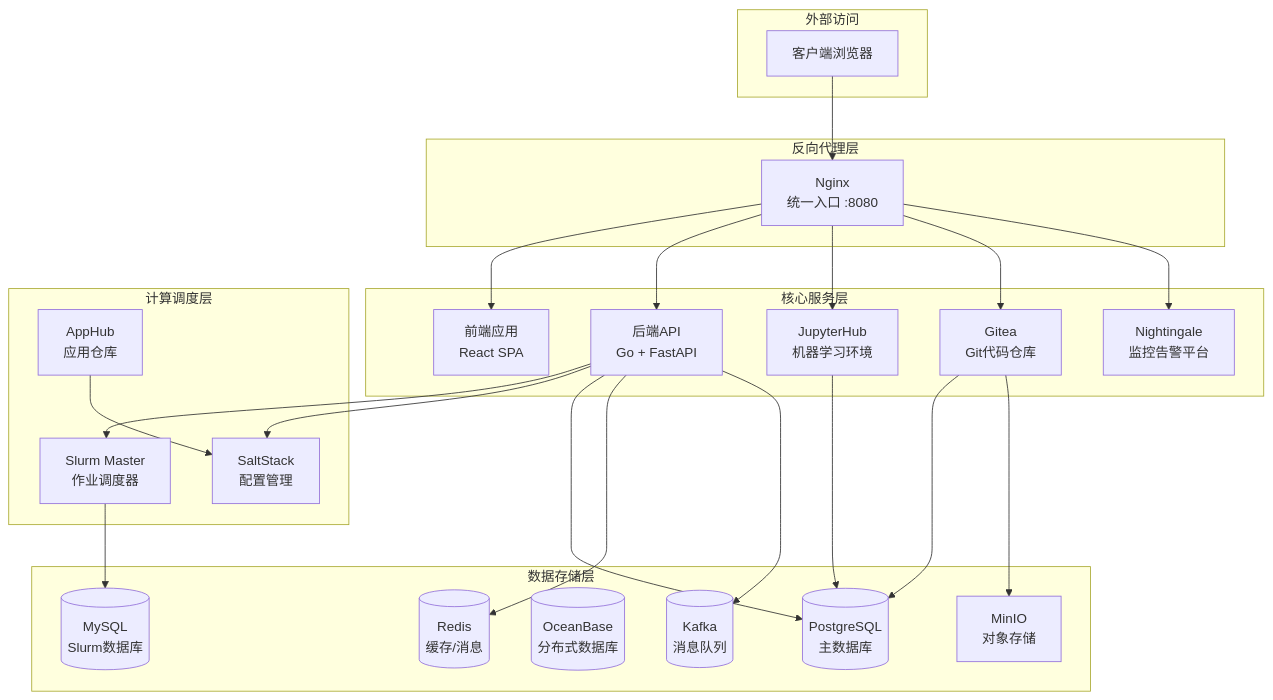
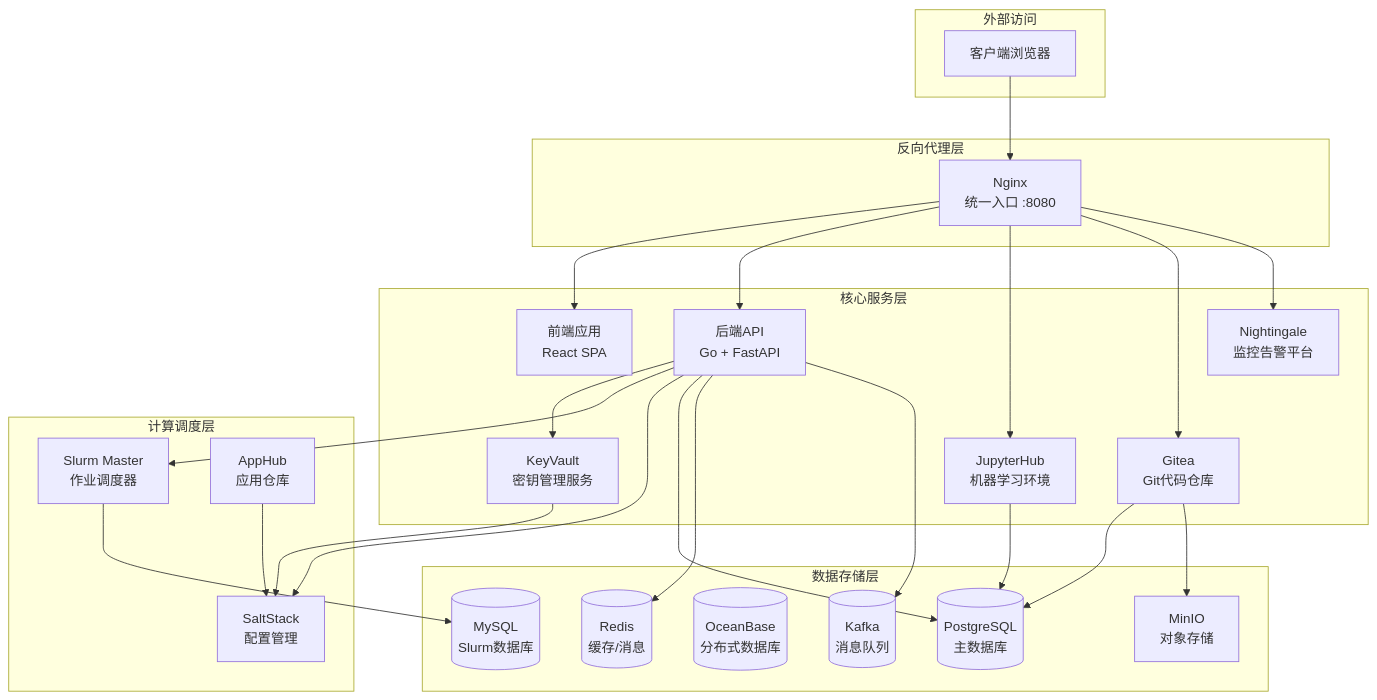
Before and after one commit to aresnasa/ai-infra-matrix: the first of 2 diagrams in README.md, drawn with Mermaid. The commit also changed other lines of this file and 4 other files, not shown here.

````diff
--- a/README.md
+++ b/README.md
@@ -44,52 +45,55 @@
 ```mermaid
 graph TB
     subgraph "外部访问"
         Client[客户端浏览器]
     end
     
     subgraph "反向代理层"
         Nginx[Nginx<br/>统一入口 :8080]
     end
     
     subgraph "核心服务层"
         Frontend[前端应用<br/>React SPA]
         Backend[后端API<br/>Go + FastAPI]
+        KeyVault[KeyVault<br/>密钥管理服务]
         JupyterHub[JupyterHub<br/>机器学习环境]
         Gitea[Gitea<br/>Git代码仓库]
         Nightingale[Nightingale<br/>监控告警平台]
     end
     
     subgraph "计算调度层"
         SlurmMaster[Slurm Master<br/>作业调度器]
         SaltStack[SaltStack<br/>配置管理]
         AppHub[AppHub<br/>应用仓库]
     end
     
     subgraph "数据存储层"
         Postgres[(PostgreSQL<br/>主数据库)]
         MySQL[(MySQL<br/>Slurm数据库)]
         OceanBase[(OceanBase<br/>分布式数据库)]
         Redis[(Redis<br/>缓存/消息)]
         Kafka[(Kafka<br/>消息队列)]
         MinIO[MinIO<br/>对象存储]
     end
     
     Client --> Nginx
     Nginx --> Frontend
     Nginx --> Backend
     Nginx --> JupyterHub
     Nginx --> Gitea
     Nginx --> Nightingale
     
+    Backend --> KeyVault
     Backend --> SlurmMaster
     Backend --> SaltStack
     Backend --> Postgres
     Backend --> Redis
     Backend --> Kafka
     
+    KeyVault --> SaltStack
     JupyterHub --> Postgres
     Gitea --> Postgres
     Gitea --> MinIO
     SlurmMaster --> MySQL
     AppHub --> SaltStack
 ```
````
